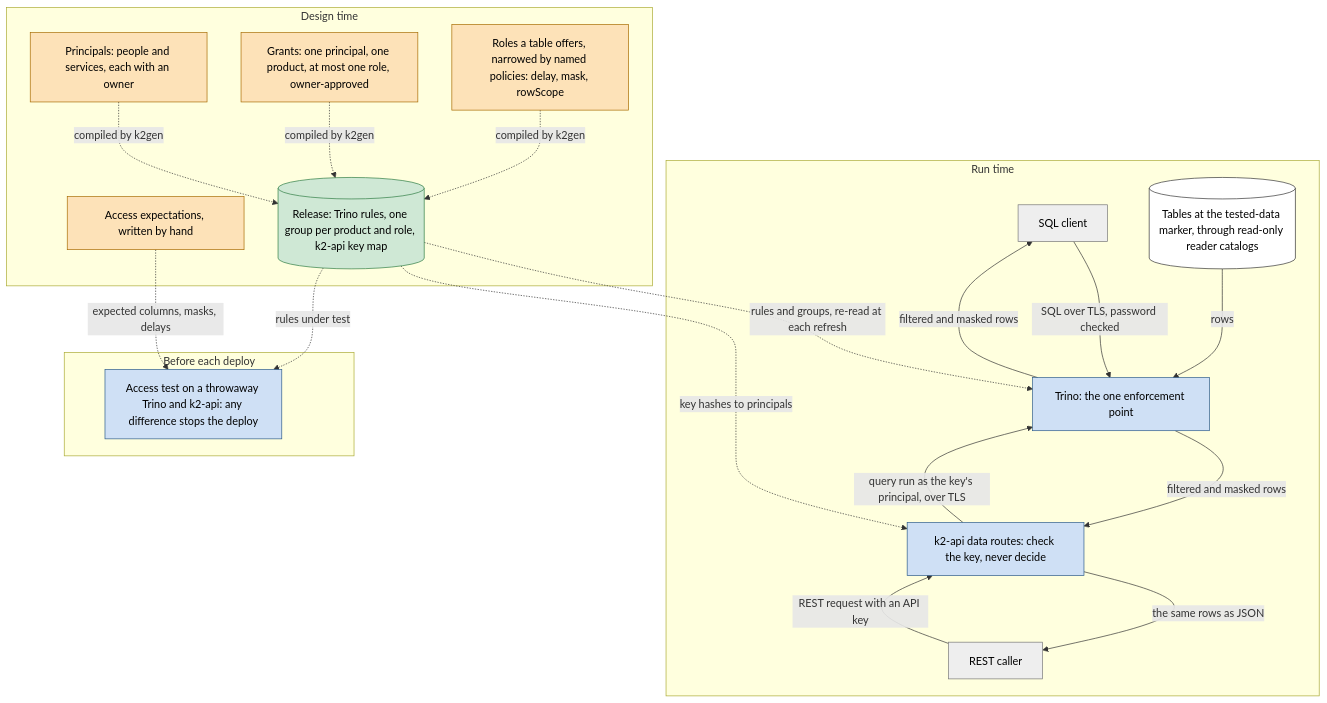
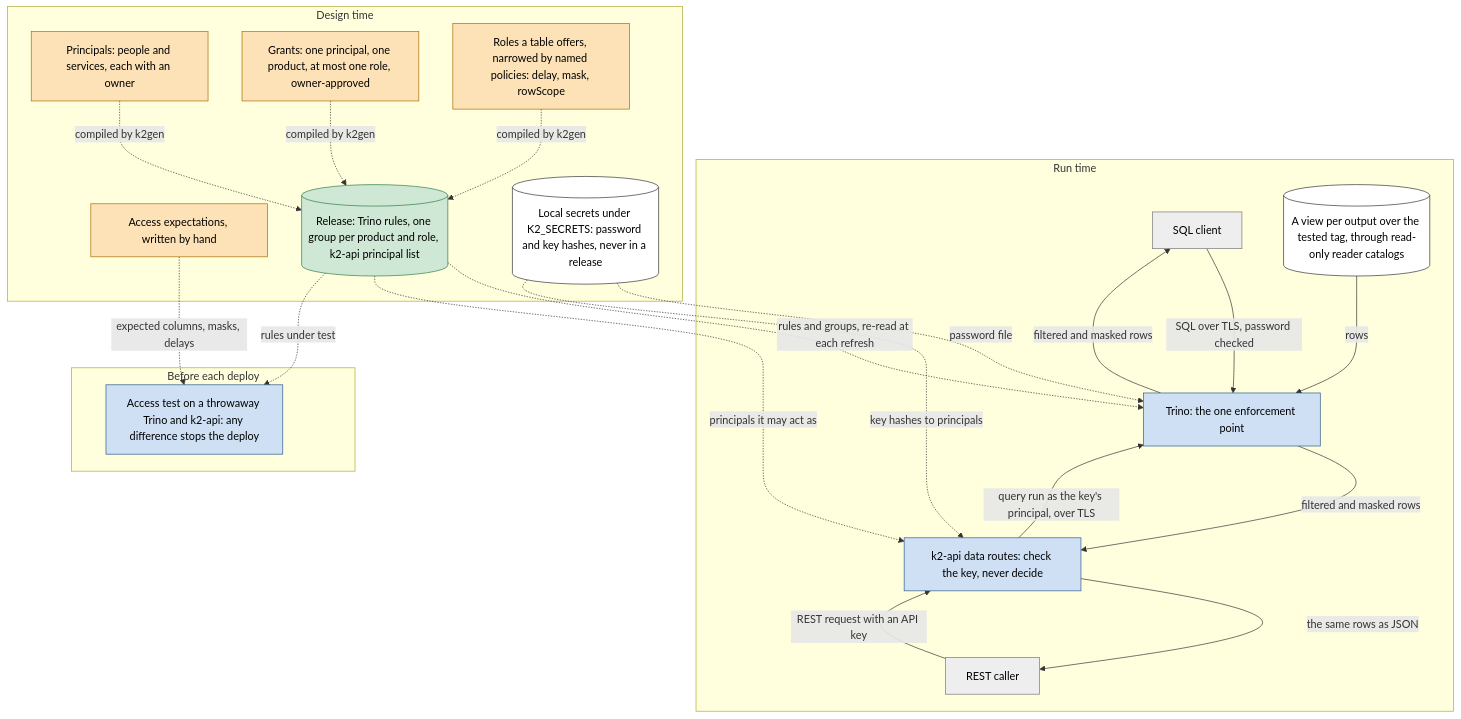
The seventh of 13 diagrams in docs/architecture/20-target-data-product-platform.md (rjdscott/k2-market-data-platform), drawn with Mermaid before and after one commit. The commit also changed other lines of this file and 15 other files, not shown here.

First line of the commit message:
docs(architecture): chapters 21 and 22, the phase 001 documentation debt and the alpha.3 changelog (S24)

````diff
--- a/docs/architecture/20-target-data-product-platform.md
+++ b/docs/architecture/20-target-data-product-platform.md
@@ -367,35 +370,38 @@
 ```mermaid
 flowchart TB
   classDef person fill:#fde2b8,stroke:#a86b00,color:#000
   classDef gen fill:#cfe8d5,stroke:#2f7d43,color:#000
   classDef run fill:#cfe0f5,stroke:#2b5a8a,color:#000
   classDef ext fill:#eeeeee,stroke:#777777,color:#000
   classDef store fill:#ffffff,stroke:#333333,color:#000
   subgraph RTM["Run time"]
     SQLC["SQL client"]:::ext
     RSTC["REST caller"]:::ext
     API["k2-api data routes: check the key, never decide"]:::run
     TR["Trino: the one enforcement point"]:::run
-    TBL[("Tables at the tested-data marker, through read-only reader catalogs")]:::store
+    TBL[("A view per output over the tested tag, through read-only reader catalogs")]:::store
   end
   subgraph DT["Design time"]
     PRN["Principals: people and services, each with an owner"]:::person
     GRT["Grants: one principal, one product, at most one role, owner-approved"]:::person
     POL["Roles a table offers, narrowed by named policies: delay, mask, rowScope"]:::person
     EXP["Access expectations, written by hand"]:::person
-    RUL[("Release: Trino rules, one group per product and role, k2-api key map")]:::gen
+    RUL[("Release: Trino rules, one group per product and role, k2-api principal list")]:::gen
+    SEC[("Local secrets under K2_SECRETS: password and key hashes, never in a release")]:::store
   end
   subgraph DPL["Before each deploy"]
     TST["Access test on a throwaway Trino and k2-api: any difference stops the deploy"]:::run
   end
   SQLC -->|"SQL over TLS, password checked"| TR
   RSTC -->|"REST request with an API key"| API -->|"query run as the key's principal, over TLS"| TR
   TBL -->|"rows"| TR
   TR -->|"filtered and masked rows"| SQLC & API
   API -->|"the same rows as JSON"| RSTC
   PRN & GRT & POL -.->|"compiled by k2gen"| RUL
   RUL -.->|"rules and groups, re-read at each refresh"| TR
-  RUL -.->|"key hashes to principals"| API
+  RUL -.->|"principals it may act as"| API
+  SEC -.->|"password file"| TR
+  SEC -.->|"key hashes to principals"| API
   RUL -.->|"rules under test"| TST
   EXP -.->|"expected columns, masks, delays"| TST
 ```
````
